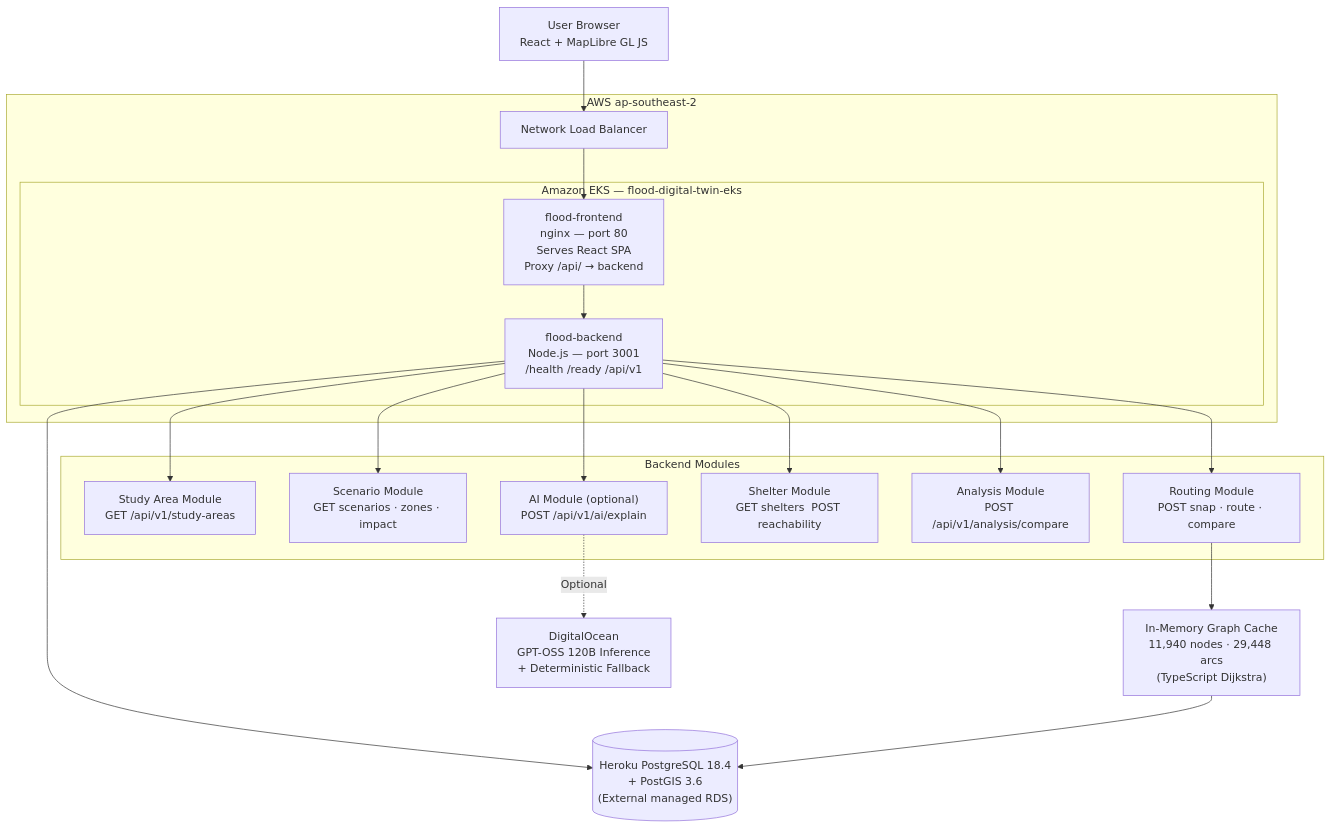
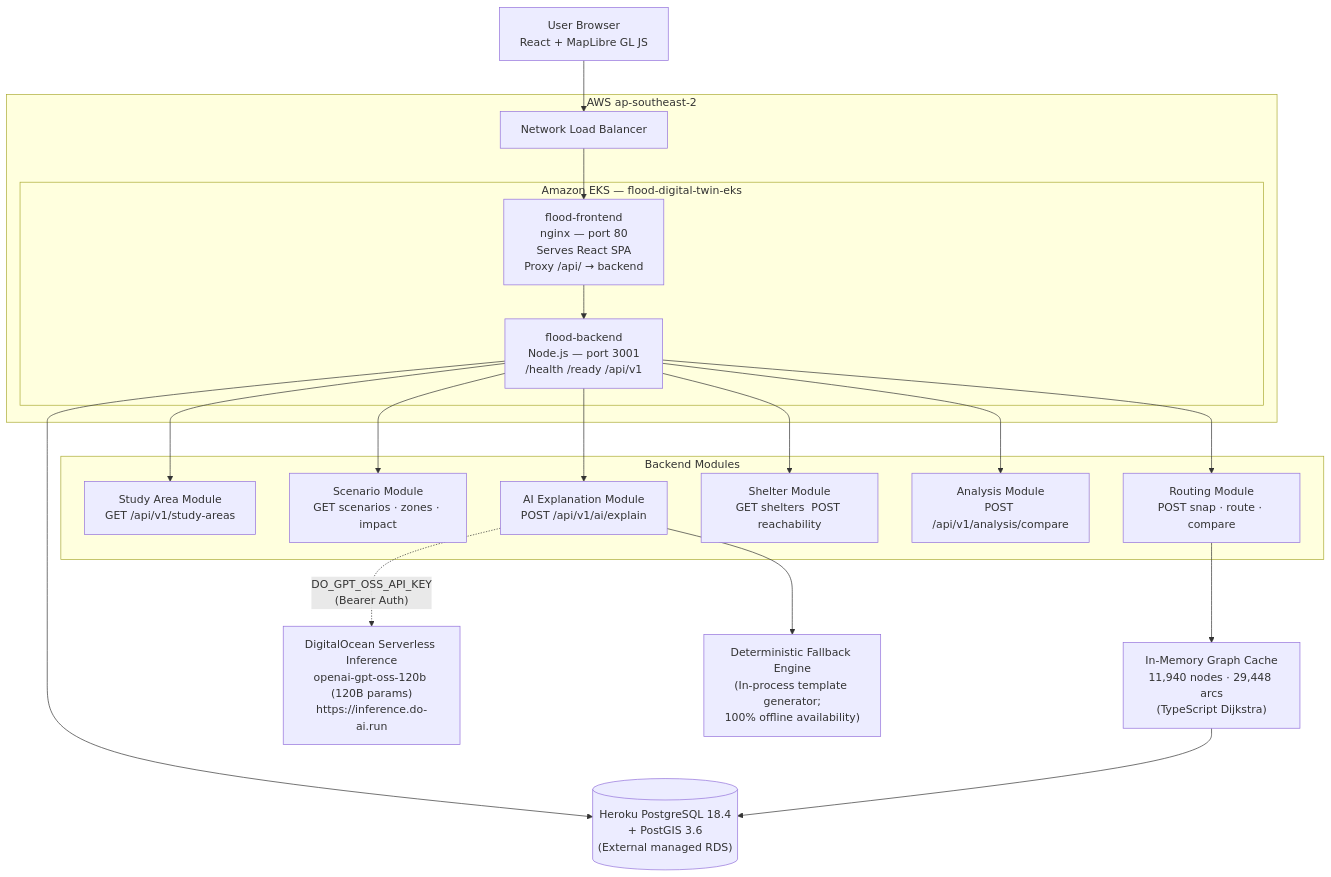
Before and after one commit to Saqibayaz4314/Predators: the second of 4 diagrams in README.md, drawn with Mermaid. The commit also changed other lines of this file, not shown here.

Commit message:
docs(readme): document DigitalOcean inference architecture and model details

````diff
--- a/README.md
+++ b/README.md
@@ -264,30 +272,31 @@
 ```mermaid
 flowchart TB
     Browser["User Browser\nReact + MapLibre GL JS"] --> LB
 
     subgraph AWS["AWS ap-southeast-2"]
         LB["Network Load Balancer"]
         subgraph EKS["Amazon EKS — flood-digital-twin-eks"]
             FE["flood-frontend\nnginx — port 80\nServes React SPA\nProxy /api/ → backend"]
             BE["flood-backend\nNode.js — port 3001\n/health  /ready  /api/v1"]
         end
         LB --> FE
         FE --> BE
     end
 
     BE --> DB[("Heroku PostgreSQL 18.4\n+ PostGIS 3.6\n(External managed RDS)")]
 
     subgraph Backend_Modules["Backend Modules"]
         BE --> Study["Study Area Module\nGET /api/v1/study-areas"]
         BE --> Scenario["Scenario Module\nGET scenarios · zones · impact"]
         BE --> Routing["Routing Module\nPOST snap · route · compare"]
         BE --> Shelter["Shelter Module\nGET shelters  POST reachability"]
         BE --> Analysis["Analysis Module\nPOST /api/v1/analysis/compare"]
-        BE --> AImod["AI Module (optional)\nPOST /api/v1/ai/explain"]
+        BE --> AImod["AI Explanation Module\nPOST /api/v1/ai/explain"]
     end
 
     Routing --> GraphCache["In-Memory Graph Cache\n11,940 nodes · 29,448 arcs\n(TypeScript Dijkstra)"]
     GraphCache --> DB
 
-    AImod -. "Optional" .-> DO["DigitalOcean\nGPT-OSS 120B Inference\n+ Deterministic Fallback"]
+    AImod -. "DO_GPT_OSS_API_KEY\n(Bearer Auth)" .-> DO["DigitalOcean Serverless Inference\nopenai-gpt-oss-120b (120B params)\nhttps://inference.do-ai.run"]
+    AImod --> Fallback["Deterministic Fallback Engine\n(In-process template generator;\n100% offline availability)"]
 ```
````
